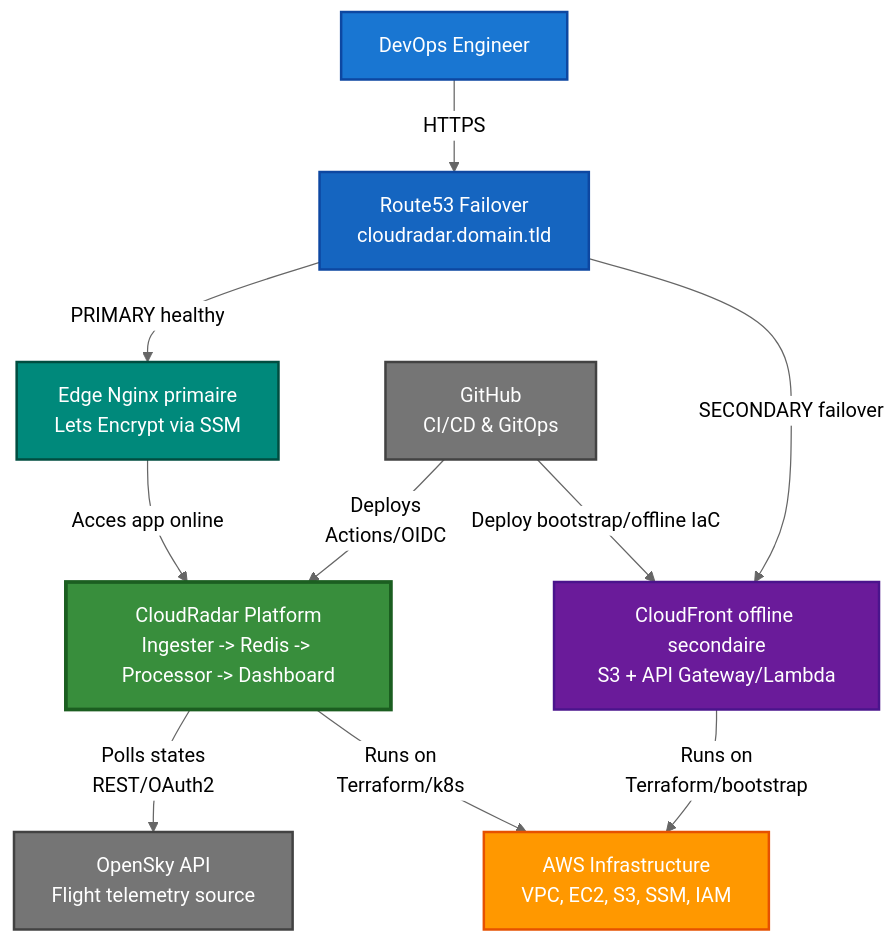
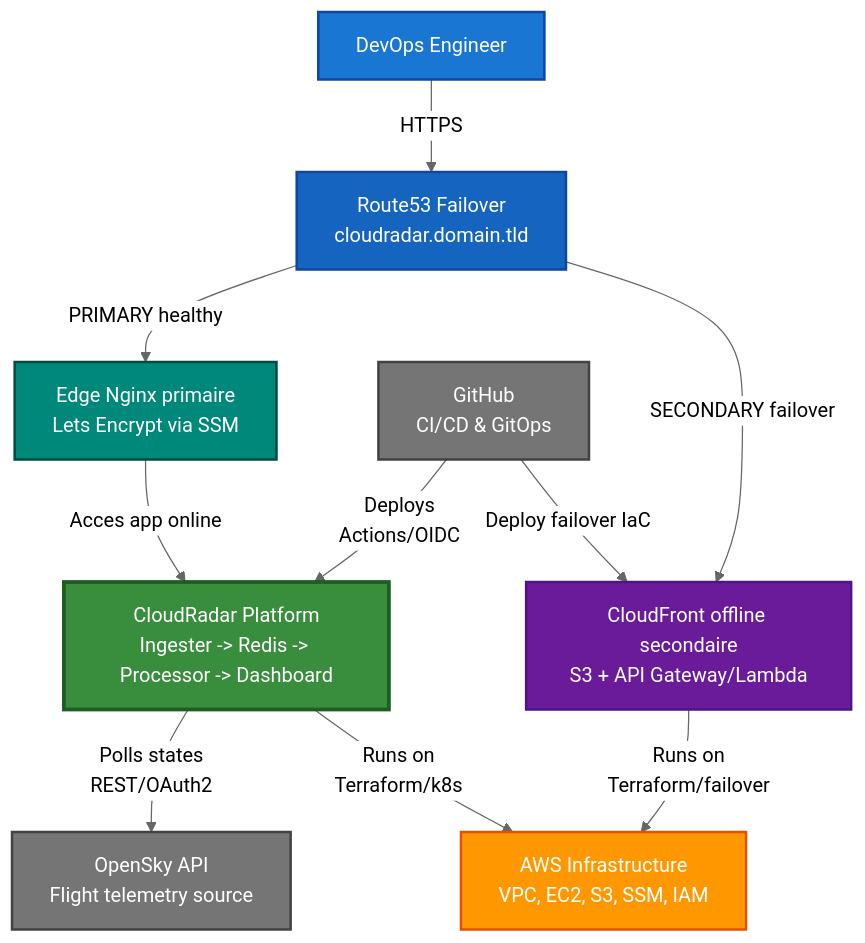
The first of 10 diagrams in docs/architecture/technical-architecture-summary.fr.md (ClementV78/CloudRadar), drawn with Mermaid (neutral theme) before and after one commit. The commit also changed 27 other files, not shown here.

First line of the commit message:
feat(infra): split offline failover from bootstrap

````diff
--- a/docs/architecture/technical-architecture-summary.fr.md
+++ b/docs/architecture/technical-architecture-summary.fr.md
@@ -55,31 +55,31 @@
 ```mermaid
 graph TB
     USER[DevOps Engineer]
     R53[Route53 Failover<br/>cloudradar.domain.tld]
     EDGE[Edge Nginx primaire<br/>Lets Encrypt via SSM]
     OFFLINE[CloudFront offline secondaire<br/>S3 + API Gateway/Lambda]
     CORE[CloudRadar Platform<br/>Ingester -> Redis -> Processor -> Dashboard]
     
     OPENSKY[OpenSky API<br/>Flight telemetry source]
     GITHUB[GitHub<br/>CI/CD & GitOps]
     AWS[AWS Infrastructure<br/>VPC, EC2, S3, SSM, IAM]
     
     USER -->|HTTPS| R53
     R53 -->|PRIMARY healthy| EDGE
     R53 -->|SECONDARY failover| OFFLINE
     EDGE -->|Acces app online| CORE
     CORE -->|Polls states<br/>REST/OAuth2| OPENSKY
     GITHUB -->|Deploys<br/>Actions/OIDC| CORE
-    GITHUB -->|Deploy bootstrap/offline IaC| OFFLINE
+    GITHUB -->|Deploy failover IaC| OFFLINE
     CORE -->|Runs on<br/>Terraform/k8s| AWS
-    OFFLINE -->|Runs on<br/>Terraform/bootstrap| AWS
+    OFFLINE -->|Runs on<br/>Terraform/failover| AWS
     
     style USER fill:#1976d2,stroke:#0d47a1,stroke-width:2px,color:#fff
     style CORE fill:#388e3c,stroke:#1b5e20,stroke-width:3px,color:#fff
     style R53 fill:#1565c0,stroke:#0d47a1,stroke-width:2px,color:#fff
     style EDGE fill:#00897b,stroke:#004d40,stroke-width:2px,color:#fff
     style OFFLINE fill:#6a1b9a,stroke:#4a148c,stroke-width:2px,color:#fff
     style OPENSKY fill:#757575,stroke:#424242,stroke-width:2px,color:#fff
     style GITHUB fill:#757575,stroke:#424242,stroke-width:2px,color:#fff
     style AWS fill:#ff9800,stroke:#e65100,stroke-width:2px,color:#fff
 ```
````
